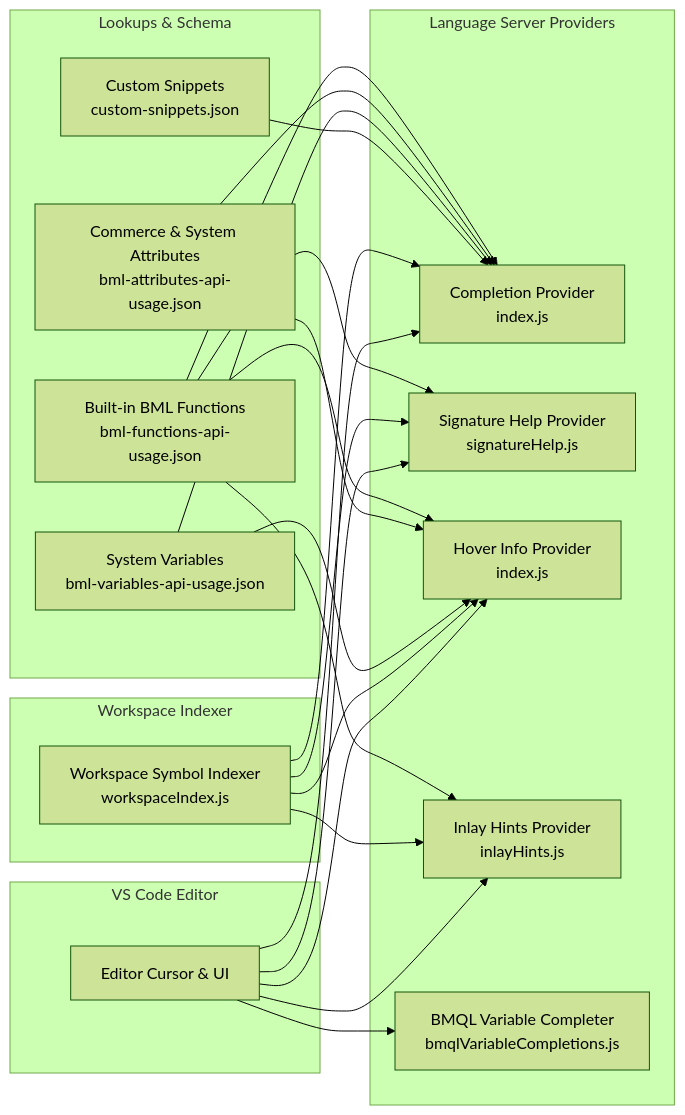
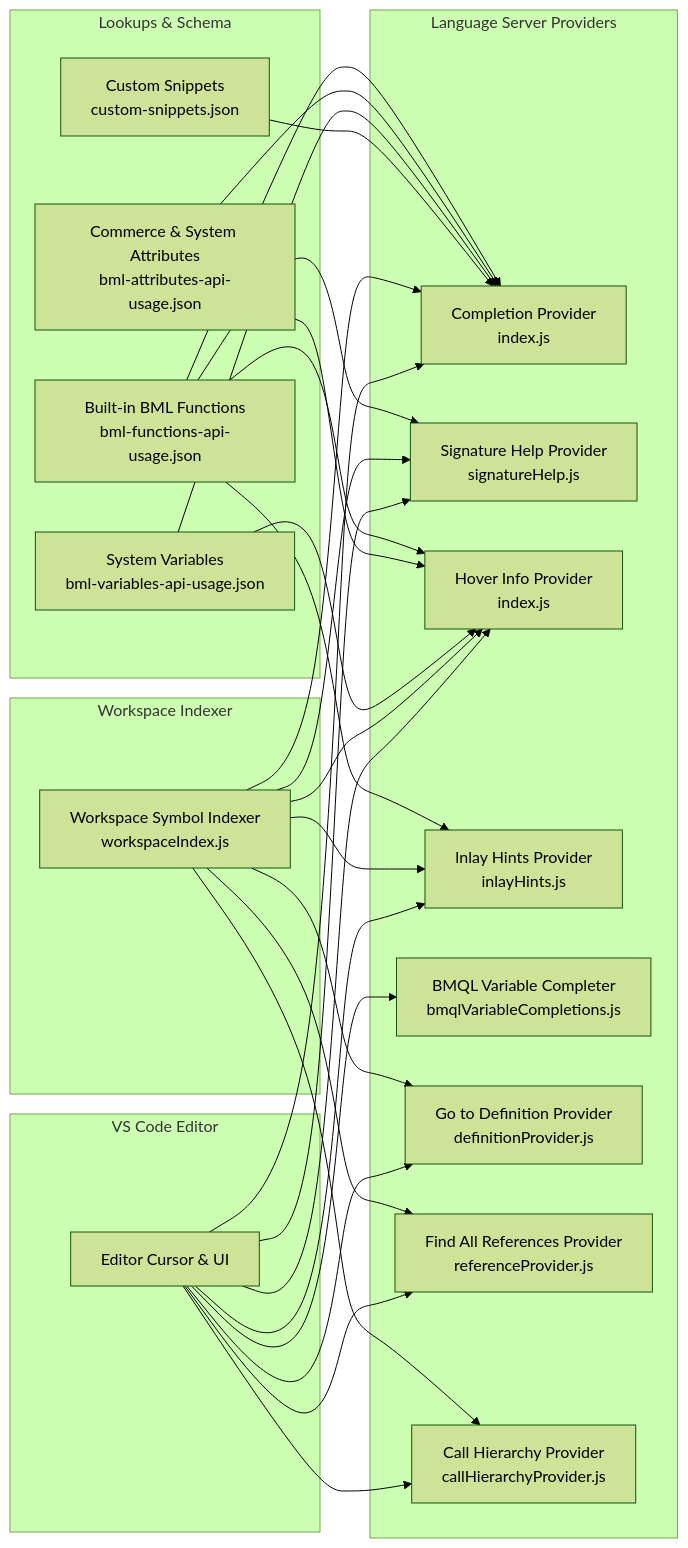
One commit to vikram-vn/cpq-bml changed the first of 8 diagrams in knowledge/BML_IntelliSense.md. Above: the diagram before and after it, drawn with Mermaid (forest theme). The commit also changed other lines of this file and 21 other files, not shown here.

````diff
--- a/knowledge/BML_IntelliSense.md
+++ b/knowledge/BML_IntelliSense.md
@@ -20,45 +20,54 @@
 ```mermaid
 graph LR
     subgraph Lookups & Schema
         BUILTIN["Built-in BML Functions<br/>bml-functions-api-usage.json"]
         ATTRS["Commerce & System Attributes<br/>bml-attributes-api-usage.json"]
         VARS["System Variables<br/>bml-variables-api-usage.json"]
         SNIPPETS["Custom Snippets<br/>custom-snippets.json"]
     end
 
     subgraph Workspace Indexer
         WS["Workspace Symbol Indexer<br/>workspaceIndex.js"]
     end
 
     subgraph Language Server Providers
         COMPL["Completion Provider<br/>index.js"]
         SIG["Signature Help Provider<br/>signatureHelp.js"]
         HOVER["Hover Info Provider<br/>index.js"]
         INLAY["Inlay Hints Provider<br/>inlayHints.js"]
         BMQL["BMQL Variable Completer<br/>bmqlVariableCompletions.js"]
+        DEF["Go to Definition Provider<br/>definitionProvider.js"]
+        REF["Find All References Provider<br/>referenceProvider.js"]
+        HIER["Call Hierarchy Provider<br/>callHierarchyProvider.js"]
     end
 
     subgraph VS Code Editor
         ED["Editor Cursor & UI"]
     end
 
     BUILTIN --> COMPL
     BUILTIN --> SIG
     BUILTIN --> HOVER
     BUILTIN --> INLAY
     ATTRS --> COMPL
     ATTRS --> HOVER
     VARS --> COMPL
     VARS --> HOVER
     SNIPPETS --> COMPL
     WS --> COMPL
     WS --> SIG
     WS --> HOVER
     WS --> INLAY
+    WS --> DEF
+    WS --> REF
+    WS --> HIER
 
     ED --> COMPL
     ED --> SIG
     ED --> HOVER
     ED --> INLAY
     ED --> BMQL
+    ED --> DEF
+    ED --> REF
+    ED --> HIER
 ```
````
